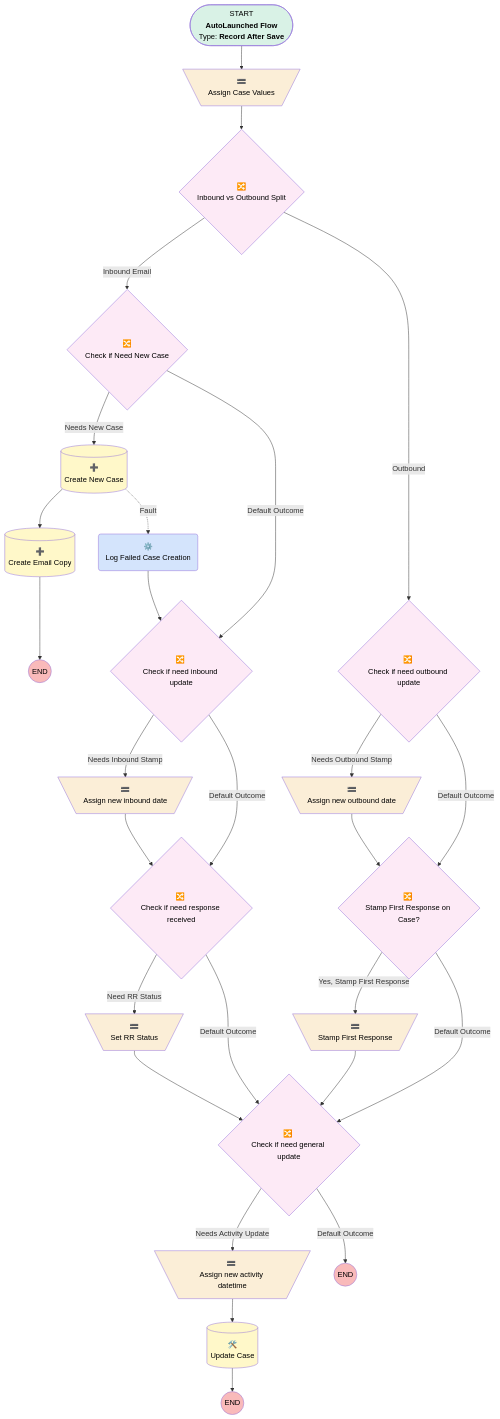
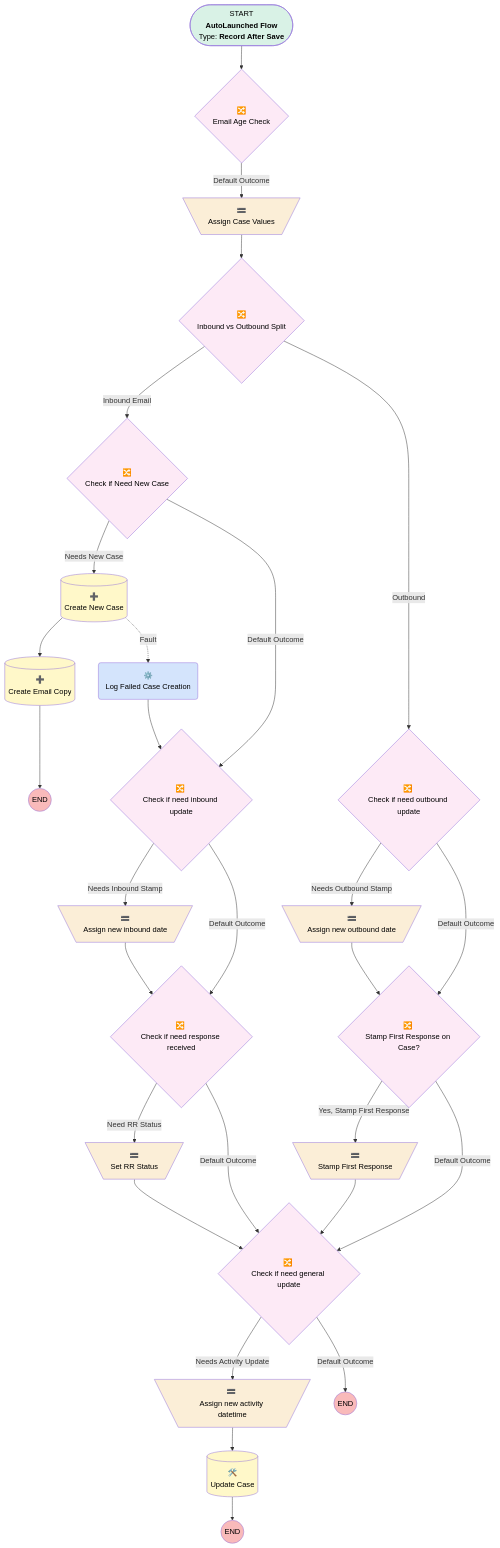
The diagram in docs/flows/Email_Message_After_Trigger_Update_Case_Activity_Dates.md (moechapa/ubiquity-org-monitoring), drawn with Mermaid before and after one commit. The commit also changed other lines of this file and 350 other files, not shown here.

```diff
--- a/docs/flows/Email_Message_After_Trigger_Update_Case_Activity_Dates.md
+++ b/docs/flows/Email_Message_After_Trigger_Update_Case_Activity_Dates.md
@@ -49,6 +49,9 @@
 Check_if_need_response_received{"🔀 <em></em><br/>Check if need response received"}:::decisions
 click Check_if_need_response_received "#check_if_need_response_received" "1259227781"
 
+Email_Age_Check{"🔀 <em></em><br/>Email Age Check"}:::decisions
+click Email_Age_Check "#email_age_check" "572163616"
+
 Inbound_vs_Outbound_Split{"🔀 <em></em><br/>Inbound vs Outbound Split"}:::decisions
 click Inbound_vs_Outbound_Split "#inbound_vs_outbound_split" "3517732822"
 
@@ -81,6 +84,7 @@
 Check_if_need_outbound_update --> |"Default Outcome"| Stamp_First_Response_on_Case
 Check_if_need_response_received --> |"Need RR Status"| Set_RR_Status
 Check_if_need_response_received --> |"Default Outcome"| Check_if_need_general_update
+Email_Age_Check --> |"Default Outcome"| Assign_Case_Values
 Inbound_vs_Outbound_Split --> |"Inbound Email"| Check_if_Need_New_Case
 Inbound_vs_Outbound_Split --> |"Outbound"| Check_if_need_outbound_update
 Stamp_First_Response_on_Case --> |"Yes, Stamp First Response"| Stamp_First_Response
@@ -89,7 +93,7 @@
 Create_New_Case --> Create_Email_Copy
 Create_New_Case -. Fault .->Log_Failed_Case_Creation
 Update_Case --> END_Update_Case
-START -->  Assign_Case_Values
+START -->  Email_Age_Check
 END_Check_if_need_general_update(( END )):::endClass
 END_Create_Email_Copy(( END )):::endClass
 END_Update_Case(( END )):::endClass
```
